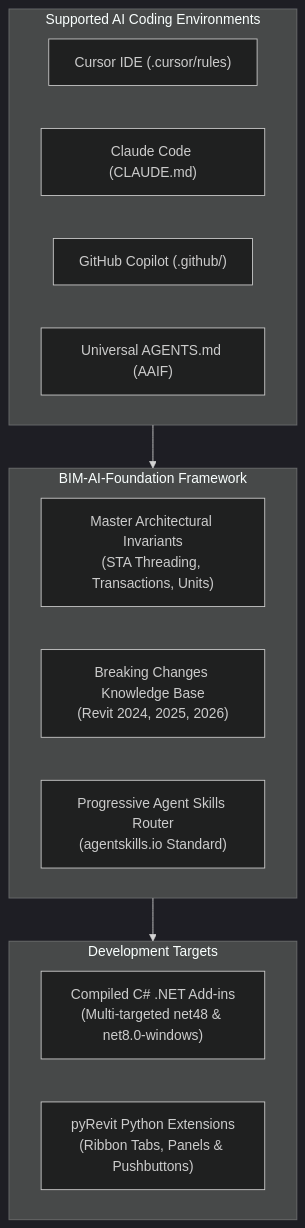
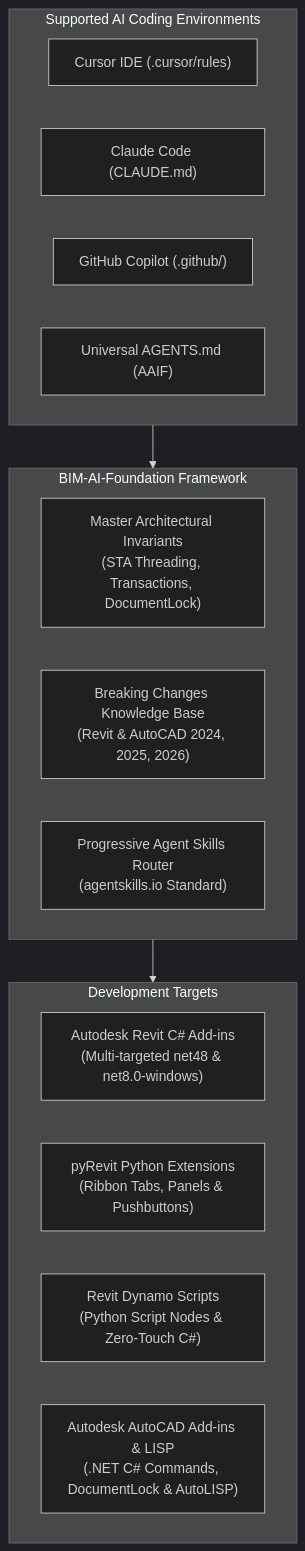
The diagram in README.md (Abhishekaggarwal1/BIM-AI-Foundation), drawn with Mermaid (dark theme) before and after one commit. The commit also changed other lines of this file and 21 other files, not shown here.

Commit message:
feat: add support for Revit Dynamo and Autodesk AutoCAD

````diff
--- a/README.md
+++ b/README.md
@@ -28,23 +30,25 @@
 ```mermaid
 flowchart TD
     subgraph MultiAI ["Supported AI Coding Environments"]
         A1["Cursor IDE (.cursor/rules)"]
         A2["Claude Code (CLAUDE.md)"]
         A3["GitHub Copilot (.github/)"]
         A4["Universal AGENTS.md (AAIF)"]
     end
 
     subgraph CoreEngine ["BIM-AI-Foundation Framework"]
-        B1["Master Architectural Invariants<br/>(STA Threading, Transactions, Units)"]
-        B2["Breaking Changes Knowledge Base<br/>(Revit 2024, 2025, 2026)"]
+        B1["Master Architectural Invariants<br/>(STA Threading, Transactions, DocumentLock)"]
+        B2["Breaking Changes Knowledge Base<br/>(Revit & AutoCAD 2024, 2025, 2026)"]
         B3["Progressive Agent Skills Router<br/>(agentskills.io Standard)"]
     end
 
     subgraph Targets ["Development Targets"]
-        C1["Compiled C# .NET Add-ins<br/>(Multi-targeted net48 & net8.0-windows)"]
+        C1["Autodesk Revit C# Add-ins<br/>(Multi-targeted net48 & net8.0-windows)"]
         C2["pyRevit Python Extensions<br/>(Ribbon Tabs, Panels & Pushbuttons)"]
+        C3["Revit Dynamo Scripts<br/>(Python Script Nodes & Zero-Touch C#)"]
+        C4["Autodesk AutoCAD Add-ins & LISP<br/>(.NET C# Commands, DocumentLock & AutoLISP)"]
     end
 
     MultiAI --> CoreEngine
     CoreEngine --> Targets
 ```
````
